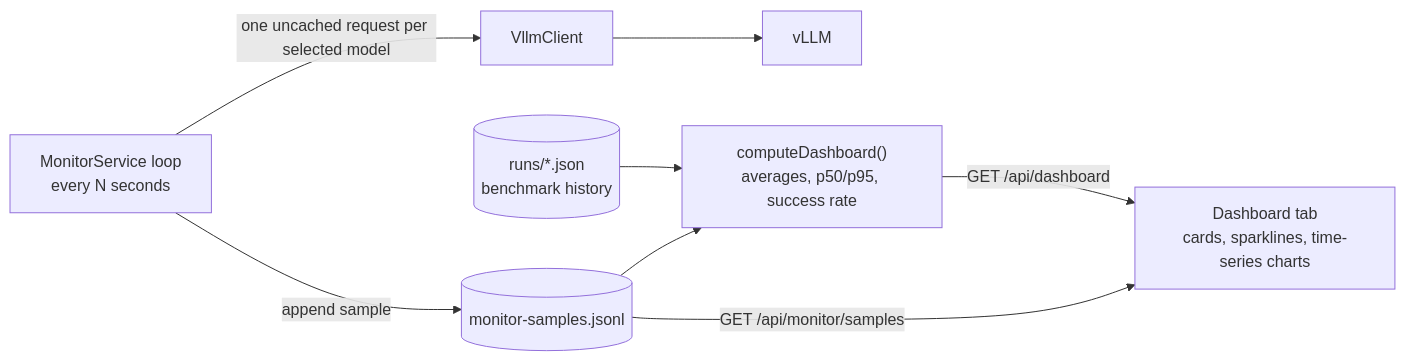
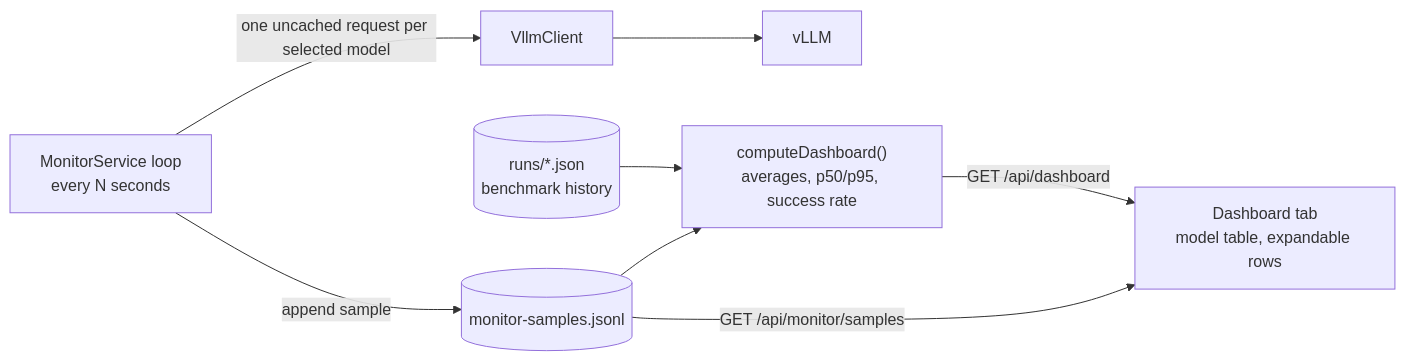
One commit to Hcankaynak/llm-checker changed the fourth of 5 diagrams in docs/ARCHITECTURE.md. Above: the diagram before and after it, drawn with Mermaid. The commit also changed 7 other files, not shown here.

Commit message:
Simplify the dashboard to an expandable model table

````diff
--- a/docs/ARCHITECTURE.md
+++ b/docs/ARCHITECTURE.md
@@ -181,10 +181,10 @@
 ```mermaid
 flowchart LR
     Loop["MonitorService loop<br/>every N seconds"] -->|"one uncached request per selected model"| VC["VllmClient"]
     VC --> V["vLLM"]
     Loop -->|"append sample"| JSONL[("monitor-samples.jsonl")]
     Runs[("runs/*.json<br/>benchmark history")] --> Agg
     JSONL --> Agg["computeDashboard()<br/>averages, p50/p95, success rate"]
-    Agg -->|"GET /api/dashboard"| UI["Dashboard tab<br/>cards, sparklines, time-series charts"]
+    Agg -->|"GET /api/dashboard"| UI["Dashboard tab<br/>model table, expandable rows"]
     JSONL -->|"GET /api/monitor/samples"| UI
 ```
````
